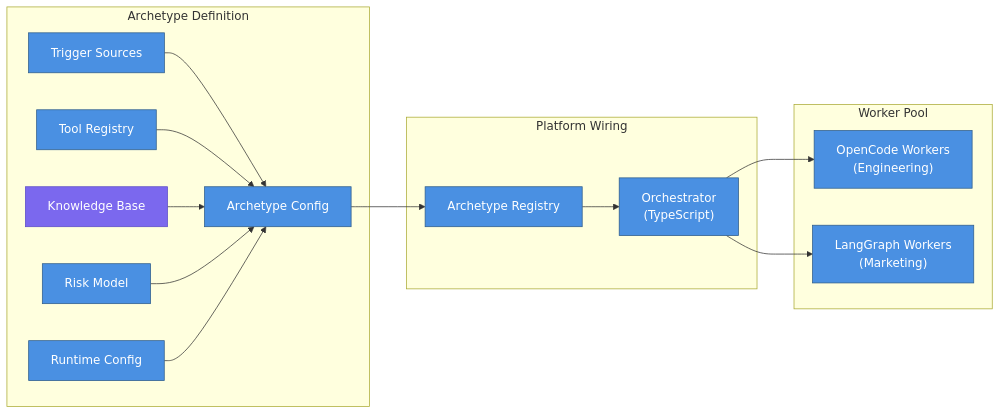
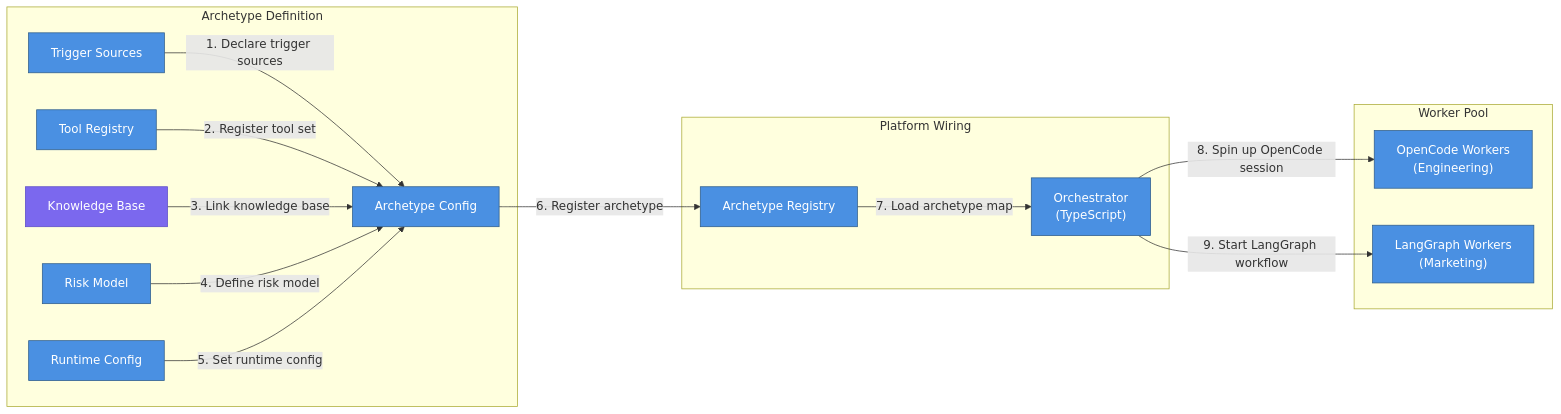
The second of 15 diagrams in docs/2026-03-22-2317-ai-employee-architecture.md (viiqswim/dozaldevs-ai-employee), drawn with Mermaid before and after one commit. The commit also changed other lines of this file, not shown here.

Commit message:
docs: add numbered arrows and flow walkthroughs to all diagrams

````diff
--- a/docs/2026-03-22-2317-ai-employee-architecture.md
+++ b/docs/2026-03-22-2317-ai-employee-architecture.md
@@ -172,34 +190,34 @@
 ```mermaid
 graph LR
     subgraph Archetype Definition
         CONFIG["Archetype Config"]:::service
         TRIGGERS["Trigger Sources"]:::service
         TOOLS["Tool Registry"]:::service
         KB["Knowledge Base"]:::storage
         RISK["Risk Model"]:::service
         RUNTIME["Runtime Config"]:::service
     end
 
     subgraph Platform Wiring
         REG["Archetype Registry"]:::service
         ORCH["Orchestrator\n(TypeScript)"]:::service
     end
 
     subgraph Worker Pool
         OC["OpenCode Workers\n(Engineering)"]:::service
         LG["LangGraph Workers\n(Marketing)"]:::service
     end
 
-    CONFIG --> REG
-    TRIGGERS --> CONFIG
-    TOOLS --> CONFIG
-    KB --> CONFIG
-    RISK --> CONFIG
-    RUNTIME --> CONFIG
-    REG --> ORCH
-    ORCH --> OC
-    ORCH --> LG
+    TRIGGERS -->|"1. Declare trigger sources"| CONFIG
+    TOOLS -->|"2. Register tool set"| CONFIG
+    KB -->|"3. Link knowledge base"| CONFIG
+    RISK -->|"4. Define risk model"| CONFIG
+    RUNTIME -->|"5. Set runtime config"| CONFIG
+    CONFIG -->|"6. Register archetype"| REG
+    REG -->|"7. Load archetype map"| ORCH
+    ORCH -->|"8. Spin up OpenCode session"| OC
+    ORCH -->|"9. Start LangGraph workflow"| LG
 
     classDef service fill:#4A90E2,stroke:#2E5C8A,color:#fff
     classDef storage fill:#7B68EE,stroke:#5B4BC7,color:#fff
 ```
````
